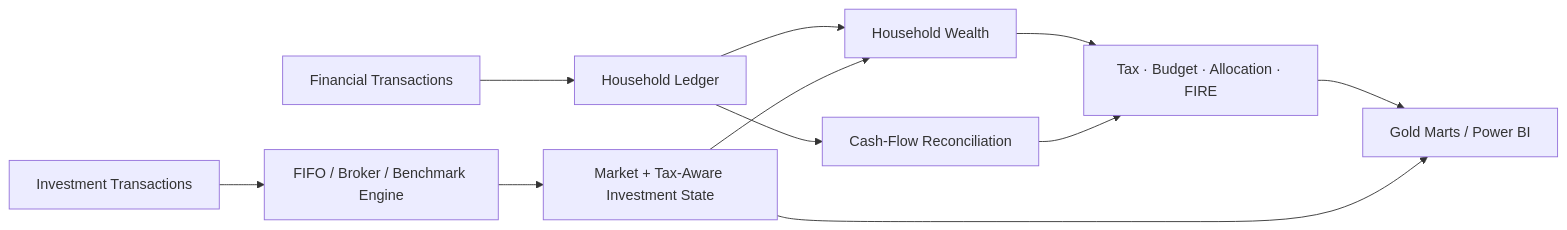
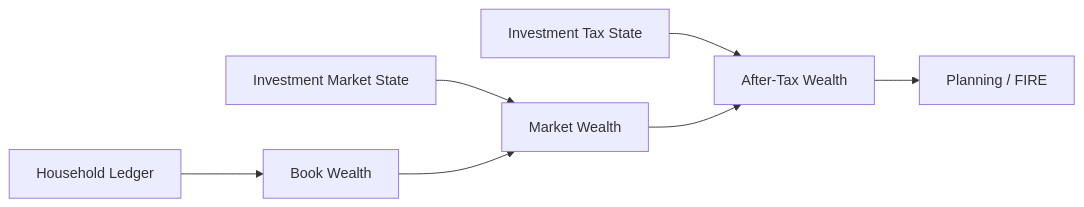
Before and after one commit to tks18/personal-finance-etl: the sixth of 8 diagrams in README.md, drawn with Mermaid. The commit also changed other lines of this file, not shown here.

Commit message:
docs(readme): update readme after the recent architecture refactor

````diff
--- a/README.md
+++ b/README.md
@@ -360,16 +696,9 @@
 ```mermaid
 flowchart LR
-    TX["Financial Transactions"] --> HH["Household Ledger"]
-    ITX["Investment Transactions"] --> INV["FIFO / Broker / Benchmark Engine"]
-
-    INV --> MKT["Market + Tax-Aware Investment State"]
-    HH --> NW["Household Wealth"]
-    MKT --> NW
-
-    HH --> CF["Cash-Flow Reconciliation"]
-    NW --> PLAN["Tax · Budget · Allocation · FIRE"]
-    CF --> PLAN
-
-    PLAN --> BI["Gold Marts / Power BI"]
-    MKT --> BI
+    HH["Household Ledger"] --> BOOK["Book Wealth"]
+    INV["Investment Market State"] --> MARKET["Market Wealth"]
+    TAX["Investment Tax State"] --> AFTER["After-Tax Wealth"]
+    BOOK --> MARKET
+    MARKET --> AFTER
+    AFTER --> PLAN["Planning / FIRE"]
 ```
````
